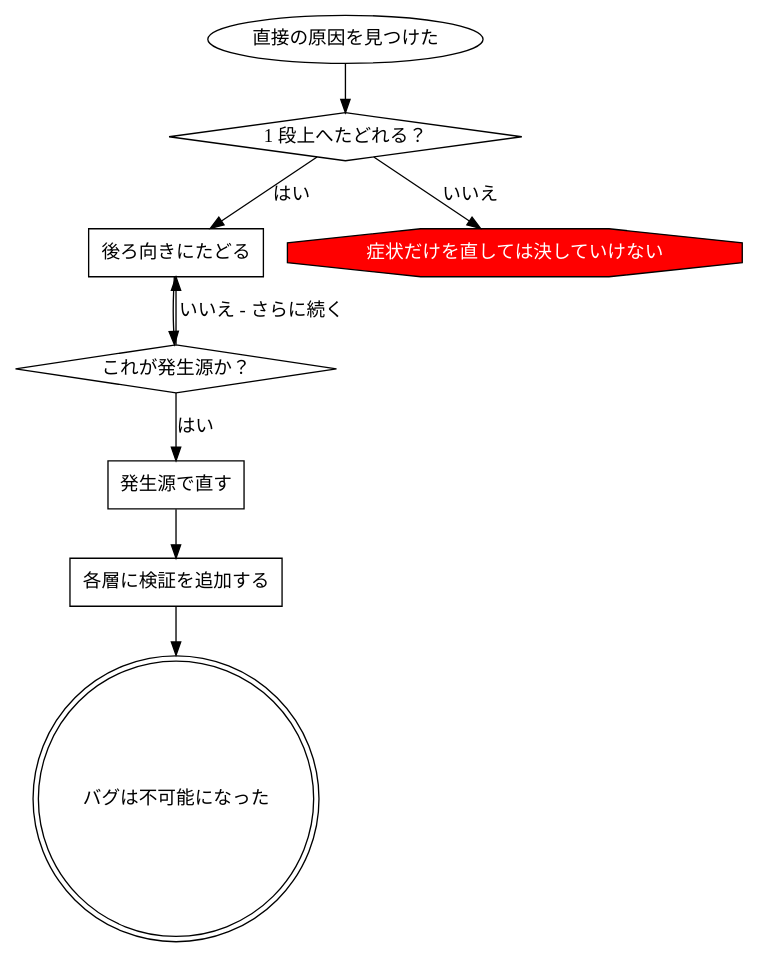
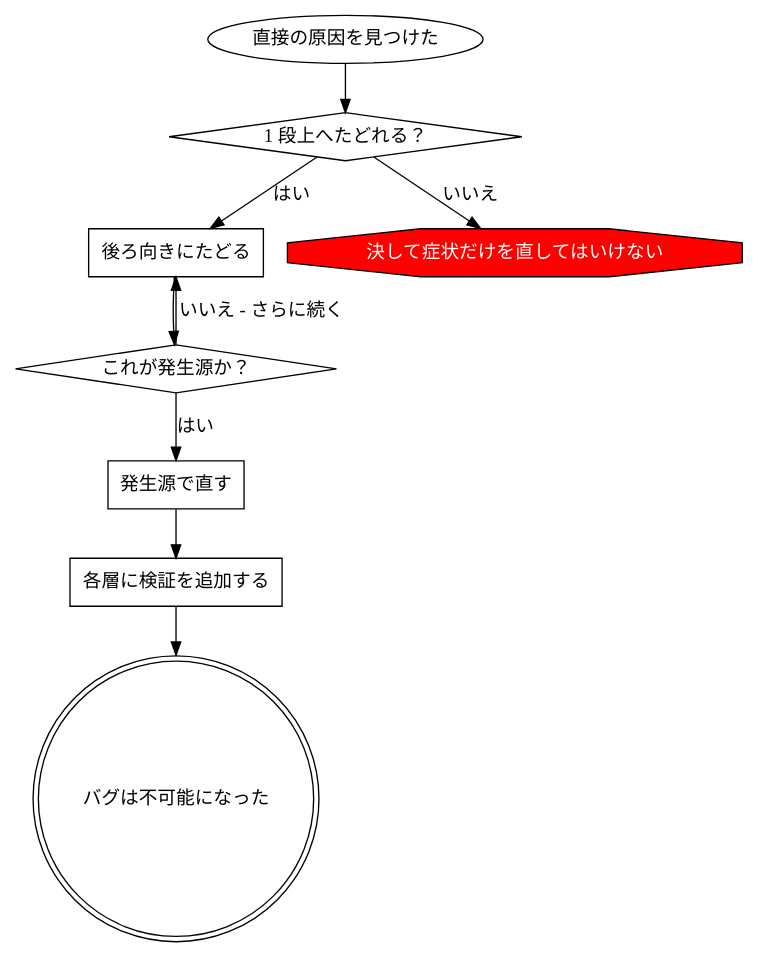
The second of 2 diagrams in plugins/superpowers/skills/systematic-debugging/root-cause-tracing.md (hiz8/dotfiles), drawn with Graphviz before and after one commit. The commit also changed 17 other files, not shown here.

````diff
--- a/plugins/superpowers/skills/systematic-debugging/root-cause-tracing.md
+++ b/plugins/superpowers/skills/systematic-debugging/root-cause-tracing.md
@@ -132,21 +132,21 @@
 ```dot
 digraph principle {
     "直接の原因を見つけた" [shape=ellipse];
     "1 段上へたどれる？" [shape=diamond];
     "後ろ向きにたどる" [shape=box];
     "これが発生源か？" [shape=diamond];
     "発生源で直す" [shape=box];
     "各層に検証を追加する" [shape=box];
     "バグは不可能になった" [shape=doublecircle];
-    "症状だけを直しては決していけない" [shape=octagon, style=filled, fillcolor=red, fontcolor=white];
+    "決して症状だけを直してはいけない" [shape=octagon, style=filled, fillcolor=red, fontcolor=white];
 
     "直接の原因を見つけた" -> "1 段上へたどれる？";
     "1 段上へたどれる？" -> "後ろ向きにたどる" [label="はい"];
-    "1 段上へたどれる？" -> "症状だけを直しては決していけない" [label="いいえ"];
+    "1 段上へたどれる？" -> "決して症状だけを直してはいけない" [label="いいえ"];
     "後ろ向きにたどる" -> "これが発生源か？";
     "これが発生源か？" -> "後ろ向きにたどる" [label="いいえ - さらに続く"];
     "これが発生源か？" -> "発生源で直す" [label="はい"];
     "発生源で直す" -> "各層に検証を追加する";
     "各層に検証を追加する" -> "バグは不可能になった";
 }
 ```
````
